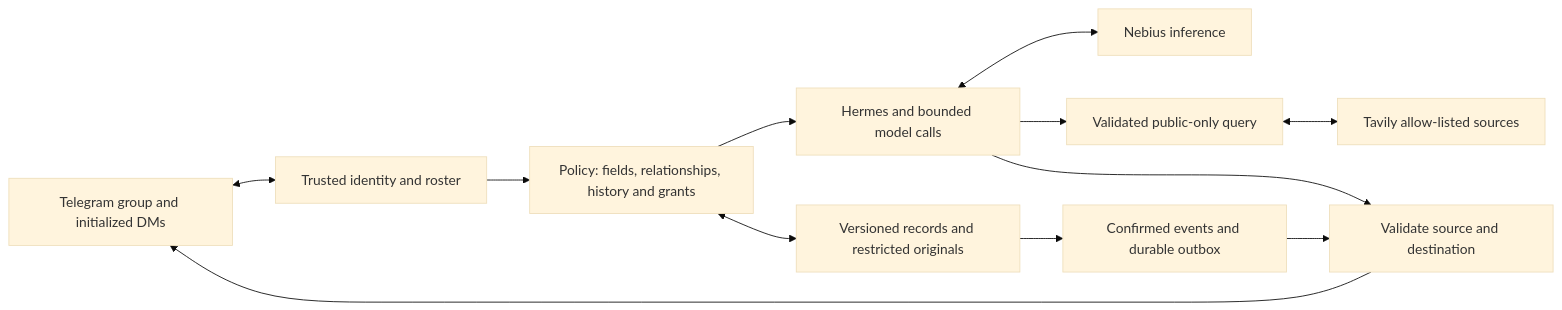
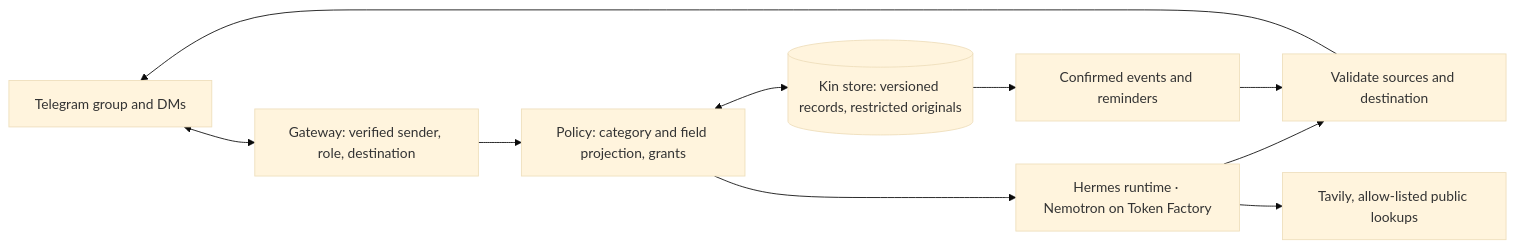
The diagram in README.md (wenhao7/kin), drawn with Mermaid (base theme) before and after one commit. The commit also changed other lines of this file and 13 other files, not shown here.

````diff
--- a/README.md
+++ b/README.md
@@ -39,14 +39,12 @@
 ```mermaid
 flowchart LR
-    TG[Telegram group and initialized DMs] <--> GW[Trusted identity and roster]
-    GW --> PE[Policy: fields, relationships, history and grants]
-    PE <--> MEM[Versioned records and restricted originals]
-    PE --> AG[Hermes and bounded model calls]
-    AG --> OUT[Validate source and destination]
+    TG[Telegram group and DMs] <--> GW[Gateway: verified sender, role, destination]
+    GW --> PE[Policy: category and field projection, grants]
+    PE <--> MEM[(Kin store: versioned records, restricted originals)]
+    PE --> AG[Hermes runtime · Nemotron on Token Factory]
+    AG --> OUT[Validate sources and destination]
     OUT --> TG
-    AG <--> TF[Nebius inference]
-    MEM --> EV[Confirmed events and durable outbox]
+    MEM --> EV[Confirmed events and reminders]
     EV --> OUT
-    AG --> Q[Validated public-only query]
-    Q <--> TV[Tavily allow-listed sources]
+    AG --> TV[Tavily, allow-listed public lookups]
 ```
````
